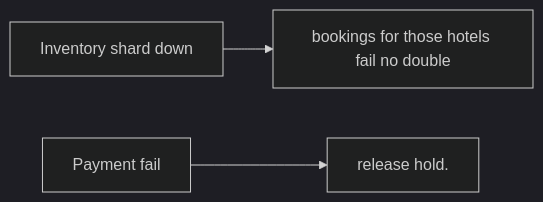
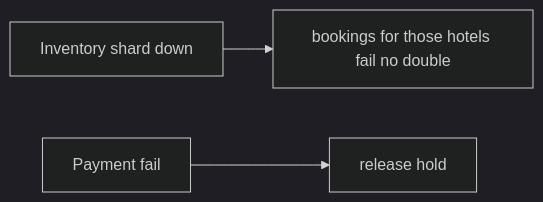
Before and after one commit to RIT-MESH/system-design-mastery: the third of 3 diagrams in case-studies/advanced/hotel-booking.md, drawn with Mermaid (dark theme). The commit also changed other lines of this file and 215 other files, not shown here.

First line of the commit message:
Complete all remaining work: expand case studies, add 13 AI case studies, fix diagrams, status to Complete

````diff
--- a/case-studies/advanced/hotel-booking.md
+++ b/case-studies/advanced/hotel-booking.md
@@ -134,10 +166,10 @@
 ```mermaid
 %% created-for: system-design-mastery
 flowchart LR
   C1["Inventory shard down"]
   R2["bookings for those hotels fail no double"]
   C1 --> R2
   C3["Payment fail"]
-  R4["release hold."]
+  R4["release hold"]
   C3 --> R4
 ```
````
